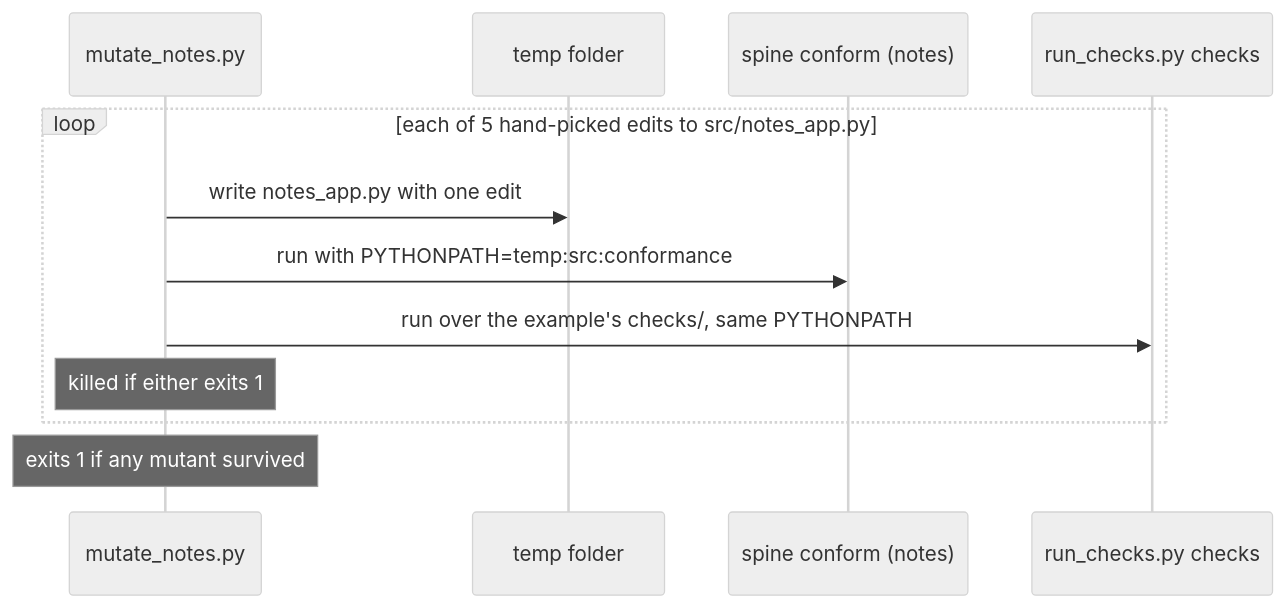
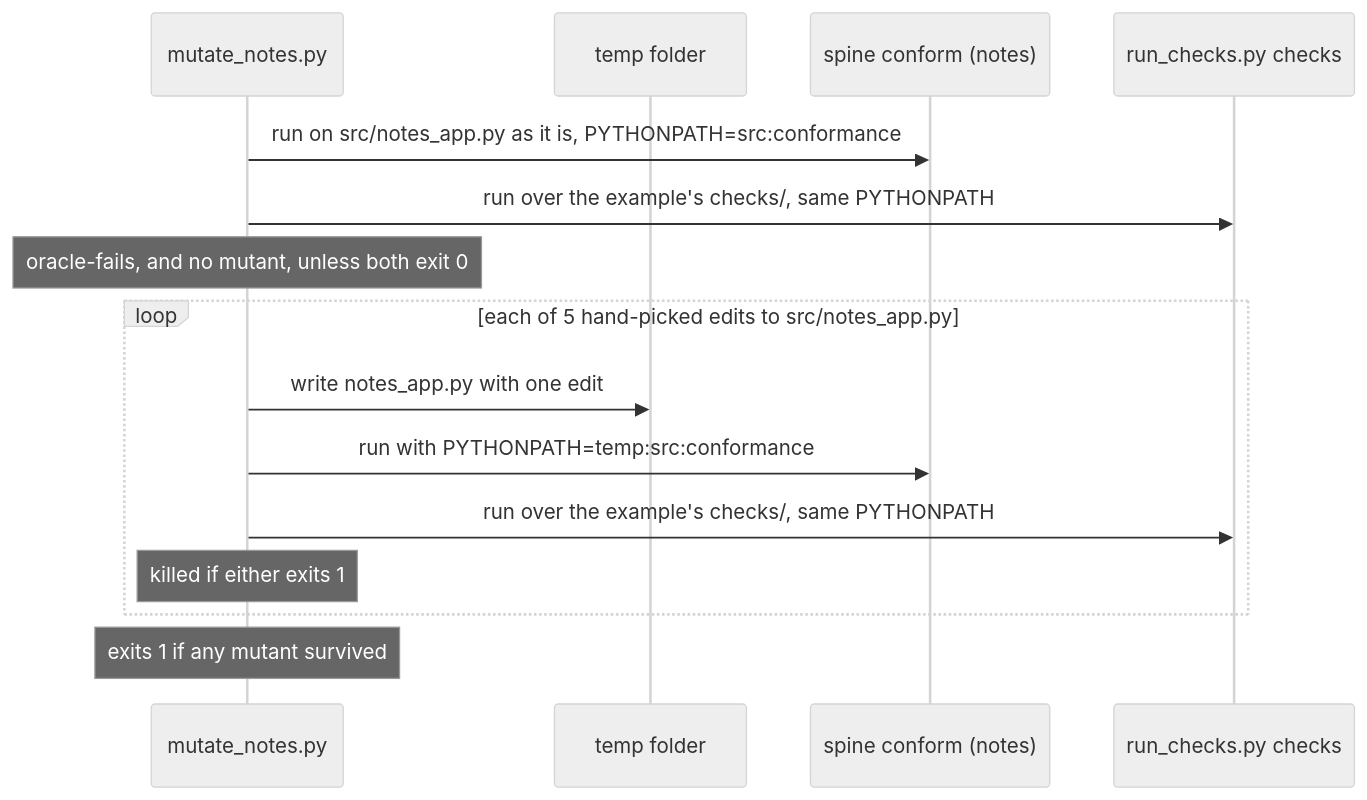
The sixth of 7 diagrams in docs/architecture.md (23min/verifier-kit), drawn with Mermaid (neutral theme) before and after one commit. The commit also changed other lines of this file and 4 other files, not shown here.

First line of the commit message:
fix(examples): run the oracle on the code as it is before any mutant, so an oracle that already fails doesn't count every mutant as caught

````diff
--- a/docs/architecture.md
+++ b/docs/architecture.md
@@ -216,14 +217,17 @@
 ```mermaid
 sequenceDiagram
   participant M as mutate_notes.py
   participant T as temp folder
   participant C as spine conform (notes)
   participant R as run_checks.py checks
+  M->>C: run on src/notes_app.py as it is, PYTHONPATH=src:conformance
+  M->>R: run over the example's checks/, same PYTHONPATH
+  Note over M: oracle-fails, and no mutant, unless both exit 0
   loop each of 5 hand-picked edits to src/notes_app.py
     M->>T: write notes_app.py with one edit
     M->>C: run with PYTHONPATH=temp:src:conformance
     M->>R: run over the example's checks/, same PYTHONPATH
     Note over M: killed if either exits 1
   end
   Note over M: exits 1 if any mutant survived
 ```
````
